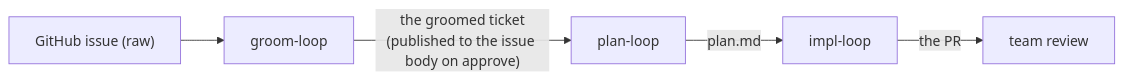
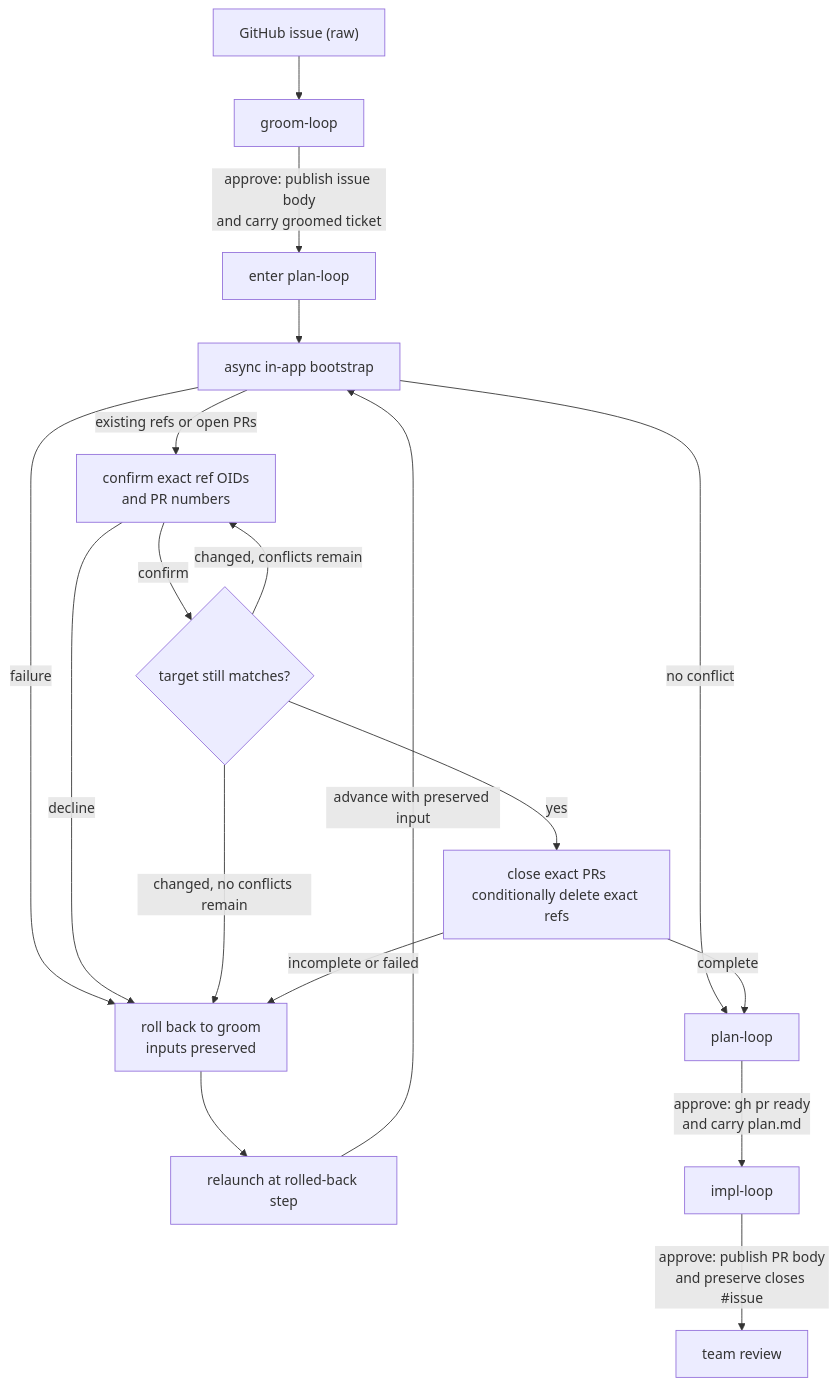
One commit to dylanb/agent-terminal changed the second of 2 diagrams in docs/spec/27-in-terminal-loop-engine-the-live-design.md. Above: the diagram before and after it, drawn with Mermaid. The commit also changed other lines of this file and 26 other files, not shown here.

First line of the commit message:
fix: close ST3 review findings

````diff
--- a/docs/spec/27-in-terminal-loop-engine-the-live-design.md
+++ b/docs/spec/27-in-terminal-loop-engine-the-live-design.md
@@ -134,7 +134,20 @@
 ```mermaid
-flowchart LR
+flowchart TD
   RAW["GitHub issue (raw)"] --> G["groom-loop"]
-  G -->|"the groomed ticket<br/>(published to the issue body on approve)"| P["plan-loop"]
-  P -->|"plan.md"| I["impl-loop"]
-  I -->|"the PR"| TR["team review"]
+  G -->|"approve: publish issue body<br/>and carry groomed ticket"| PE["enter plan-loop"]
+  PE --> BOOT["async in-app bootstrap"]
+  BOOT -->|"no conflict"| P["plan-loop"]
+  BOOT -->|"failure"| RB["roll back to groom<br/>inputs preserved"]
+  BOOT -->|"existing refs or open PRs"| CF["confirm exact ref OIDs<br/>and PR numbers"]
+  CF -->|"decline"| RB
+  CF -->|"confirm"| CHECK{"target still matches?"}
+  CHECK -->|"changed, conflicts remain"| CF
+  CHECK -->|"changed, no conflicts remain"| RB
+  CHECK -->|"yes"| WIPE["close exact PRs<br/>conditionally delete exact refs"]
+  WIPE -->|"complete"| P
+  WIPE -->|"incomplete or failed"| RB
+  RB --> RELAUNCH["relaunch at rolled-back step"]
+  RELAUNCH -->|"advance with preserved input"| BOOT
+  P -->|"approve: gh pr ready<br/>and carry plan.md"| I["impl-loop"]
+  I -->|"approve: publish PR body<br/>and preserve closes #issue"| TR["team review"]
 ```
````
